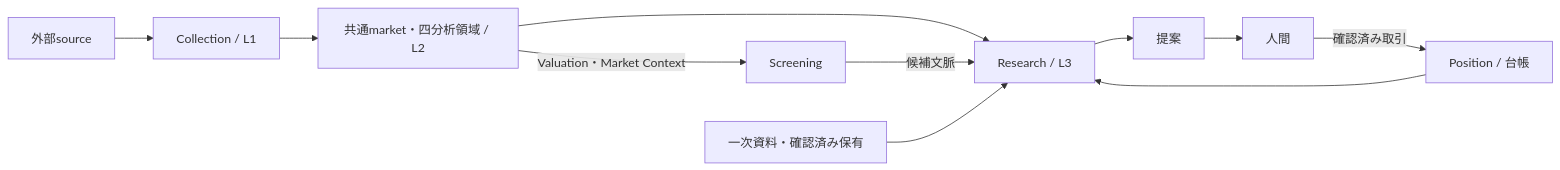
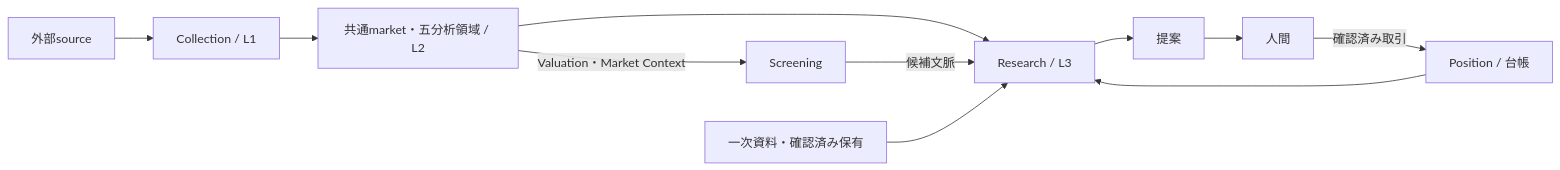
Before and after one commit to koumatsumoto/baibai-loop: the diagram in docs/architecture.md, drawn with Mermaid. The commit also changed other lines of this file and 5 other files, not shown here.

````diff
--- a/docs/architecture.md
+++ b/docs/architecture.md
@@ -7,10 +7,10 @@
 ```mermaid
 flowchart LR
-    S[外部source] --> C[Collection / L1] --> D[共通market・四分析領域 / L2]
+    S[外部source] --> C[Collection / L1] --> D[共通market・五分析領域 / L2]
     D --> R[Research / L3]
     D -->|Valuation・Market Context| F[Screening]
     F -->|候補文脈| R
     I[一次資料・確認済み保有] --> R
     R --> P[提案] --> H[人間]
     H -->|確認済み取引| L[Position / 台帳] --> R
 ```
````
